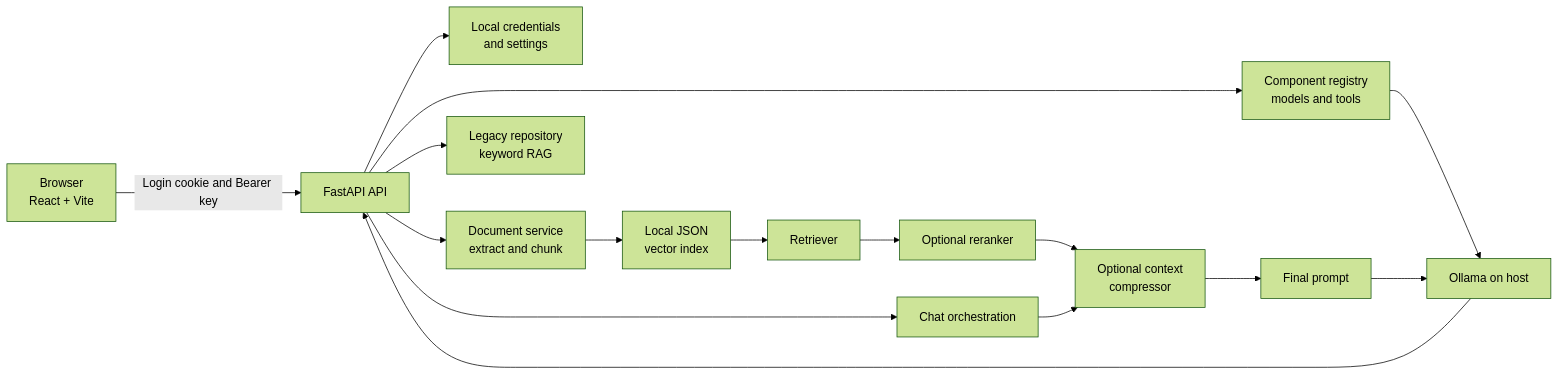
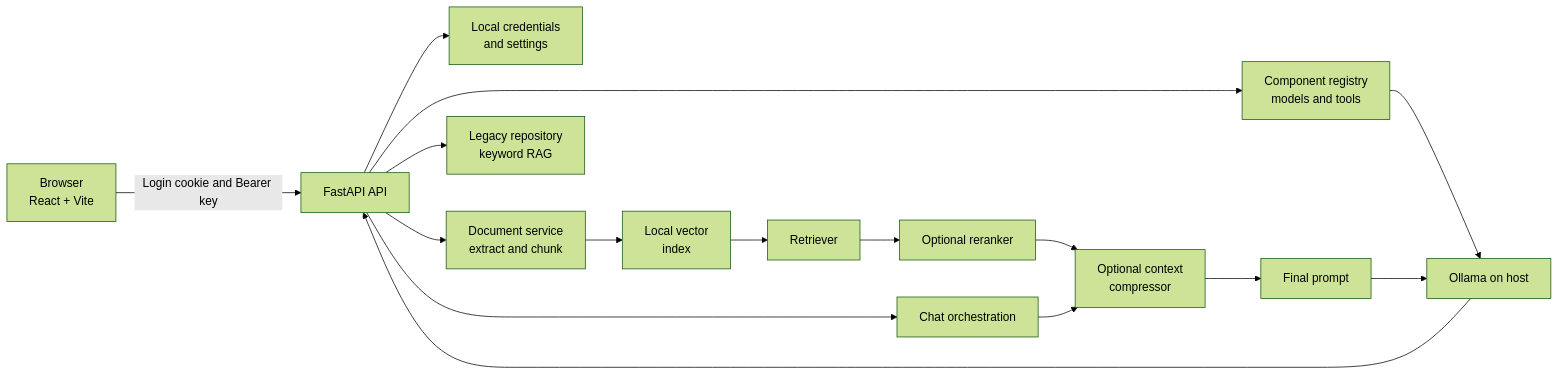
The diagram in README.md (Jn527fd/local-ai-coding-assistant), drawn with Mermaid (forest theme) before and after one commit. The commit also changed other lines of this file and 29 other files, not shown here.

````diff
--- a/README.md
+++ b/README.md
@@ -148,18 +177,18 @@
 ```mermaid
 flowchart LR
     Browser["Browser<br/>React + Vite"] -->|"Login cookie and Bearer key"| API["FastAPI API"]
     API --> Auth["Local credentials<br/>and settings"]
     API --> Components["Component registry<br/>models and tools"]
     API --> Chat["Chat orchestration"]
     API --> Documents["Document service<br/>extract and chunk"]
-    Documents --> VectorIndex["Local JSON<br/>vector index"]
+    Documents --> VectorIndex["Local vector<br/>index"]
     VectorIndex --> Retriever["Retriever"]
     Retriever --> Reranker["Optional reranker"]
     Reranker --> Compressor["Optional context<br/>compressor"]
     Chat --> Compressor
     Compressor --> Prompt["Final prompt"]
     Components --> Ollama["Ollama on host"]
     Prompt --> Ollama
     API --> RepoIndexer["Legacy repository<br/>keyword RAG"]
     Ollama --> API
 ```
````
